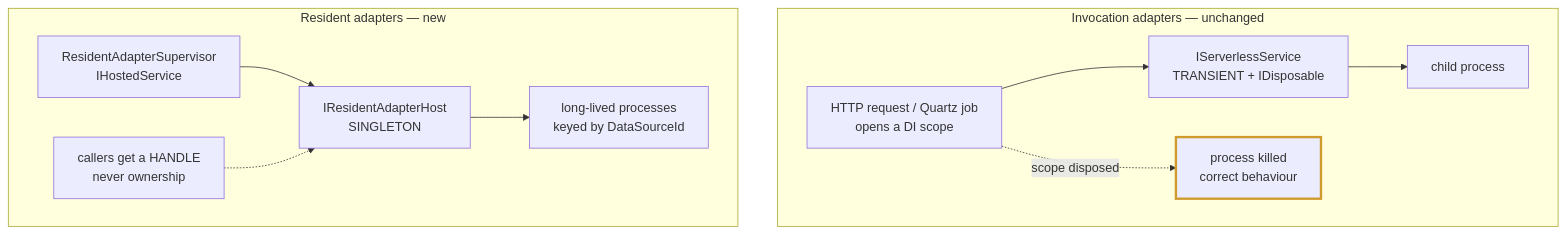
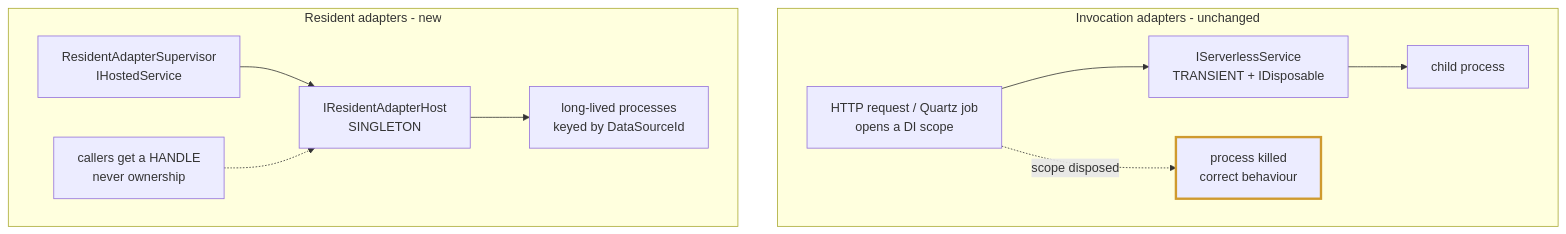
The sixth of 34 diagrams in docs/design/resident-adapters-design.md (simplify9/Bitween-api), drawn with Mermaid before and after one commit. The commit also changed other lines of this file and 768 other files, not shown here.

````diff
--- a/docs/design/resident-adapters-design.md
+++ b/docs/design/resident-adapters-design.md
@@ -306,18 +306,18 @@
 ```mermaid
 flowchart TB
-    subgraph SCOPED["Invocation adapters — unchanged"]
+    subgraph SCOPED["Invocation adapters - unchanged"]
         S1["HTTP request / Quartz job<br/>opens a DI scope"]
         S2["IServerlessService<br/>TRANSIENT + IDisposable"]
         S3["child process"]
         S1 --> S2 --> S3
         S1 -.scope disposed.-> S4["process killed<br/>correct behaviour"]
     end
-    subgraph RESIDENT["Resident adapters — new"]
+    subgraph RESIDENT["Resident adapters - new"]
         R1["ResidentAdapterSupervisor<br/>IHostedService"]
         R2["IResidentAdapterHost<br/>SINGLETON"]
         R3["long-lived processes<br/>keyed by DataSourceId"]
         R1 --> R2 --> R3
         R4["callers get a HANDLE<br/>never ownership"] -.-> R2
     end
     style S4 stroke:#cf9a2e,stroke-width:3px
 ```
````
